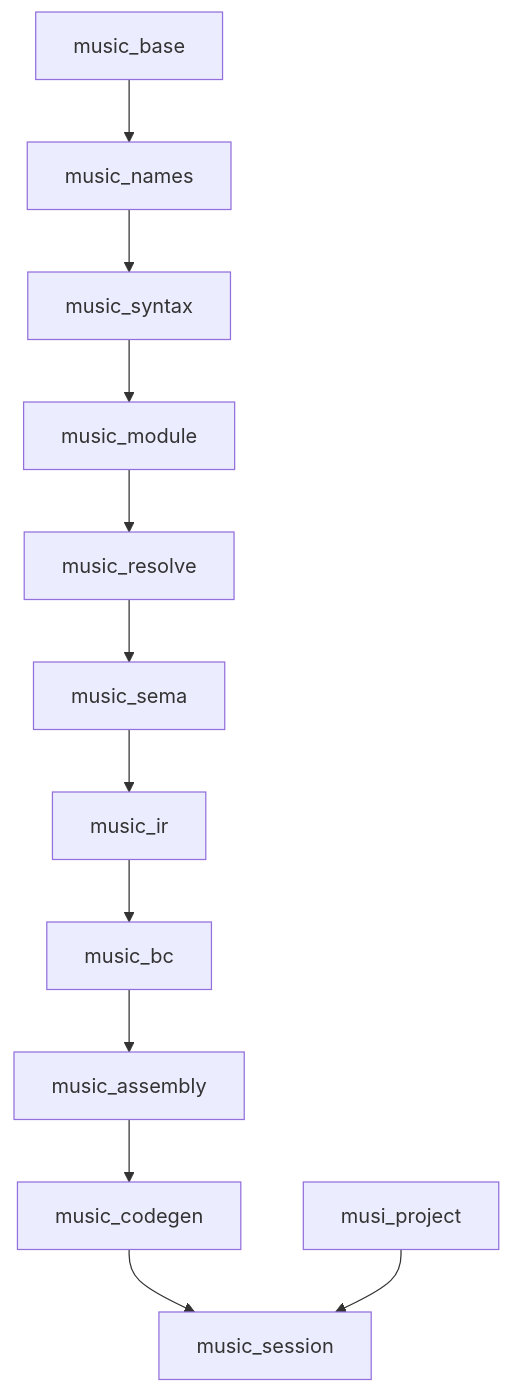
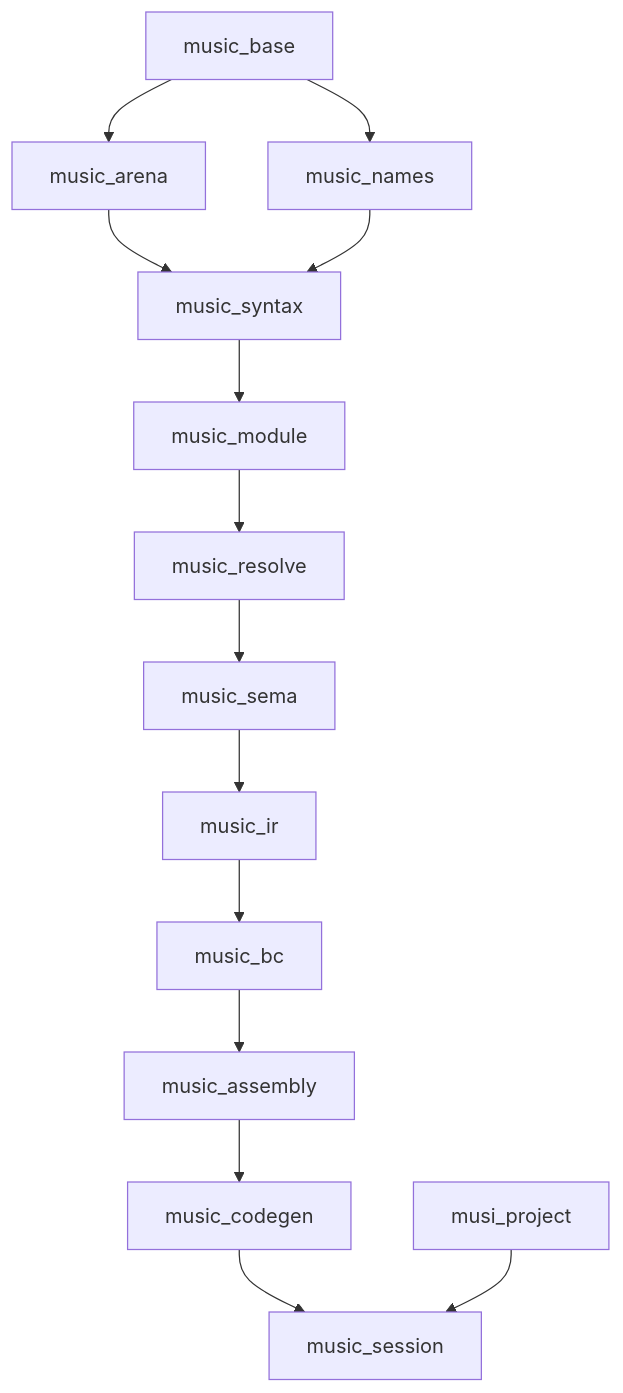
One commit to musi-lang/musi changed the diagram in docs/09-architecture.md. Above: the diagram before and after it, drawn with Mermaid. The commit also changed other lines of this file and 47 other files, not shown here.

Commit message:
crates_new: arena, names, templates

````diff
--- a/docs/09-architecture.md
+++ b/docs/09-architecture.md
@@ -49,18 +52,22 @@
 ```mermaid
 graph TD
   base[music_base]
+  arena[music_arena]
   names[music_names]
   syntax[music_syntax]
   module[music_module]
   resolve[music_resolve]
   sema[music_sema]
   ir[music_ir]
   bc[music_bc]
   assembly[music_assembly]
   codegen[music_codegen]
   session[music_session]
   project[musi_project]
 
-  base --> names --> syntax --> module --> resolve --> sema --> ir --> bc --> assembly --> codegen --> session
+  base --> arena
+  base --> names
+  arena --> syntax
+  names --> syntax --> module --> resolve --> sema --> ir --> bc --> assembly --> codegen --> session
   project --> session
 ```
````
